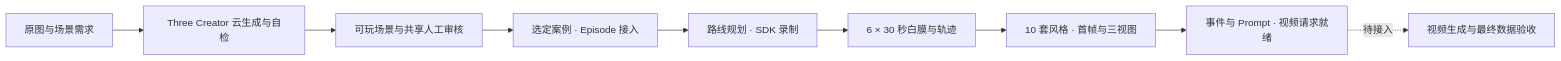
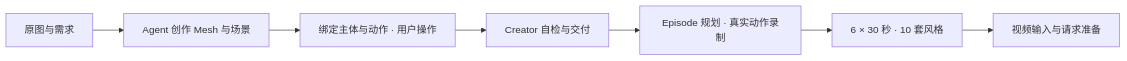
The diagram in README.md (Gjh829803/ceshi), drawn with Mermaid before and after one commit. The commit also changed other lines of this file and 366 other files, not shown here.

````diff
--- a/README.md
+++ b/README.md
@@ -7,11 +7,9 @@
 ```mermaid
 flowchart LR
-  A[原图与场景需求] --> B[Three Creator 云生成与自检]
-  B --> C[可玩场景与共享人工审核]
-  C --> D[选定案例 · Episode 接入]
-  D --> E[路线规划 · SDK 录制]
-  E --> F[6 × 30 秒白膜与轨迹]
-  F --> G[10 套风格 · 首帧与三视图]
-  G --> H[事件与 Prompt · 视频请求就绪]
-  H -. 待接入 .-> I[视频生成与最终数据验收]
+  A[原图与需求] --> B[Agent 创作 Mesh 与场景]
+  B --> C[绑定主体与动作 · 用户操作]
+  C --> D[Creator 自检与交付]
+  D --> E[Episode 规划 · 真实动作录制]
+  E --> F[6 × 30 秒 · 10 套风格]
+  F --> G[视频输入与请求准备]
 ```
````
